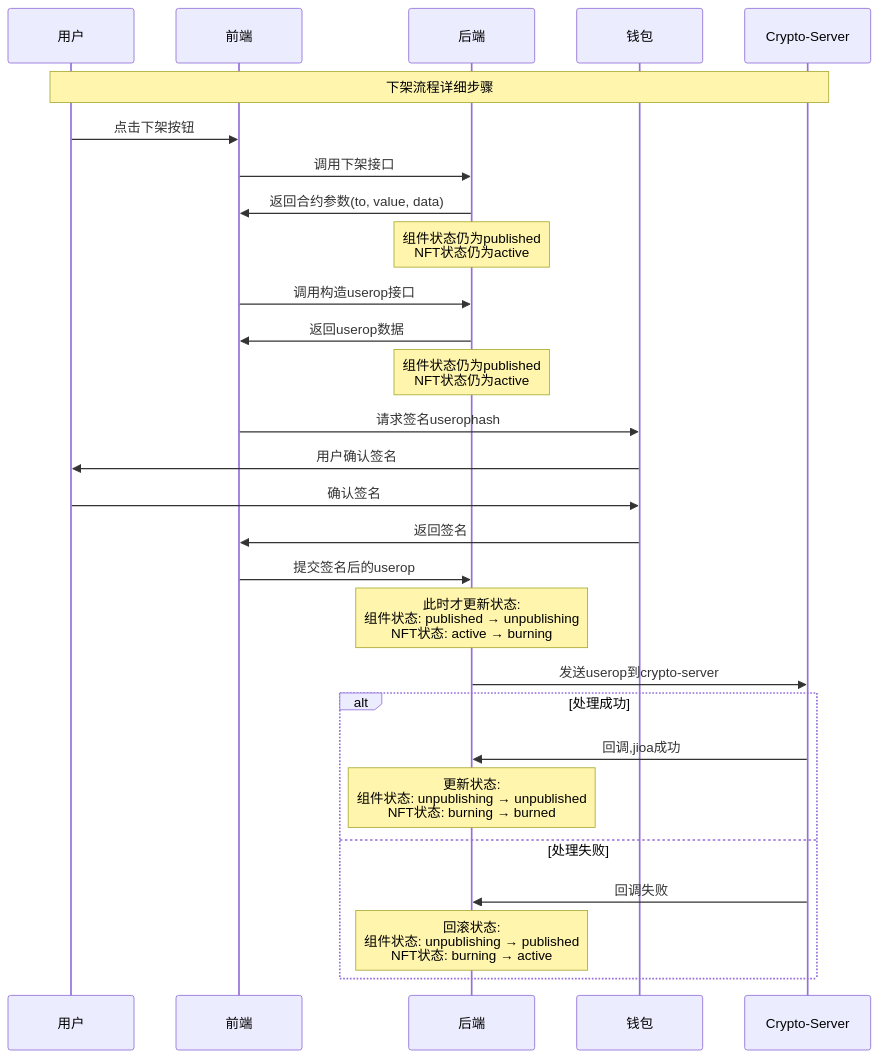
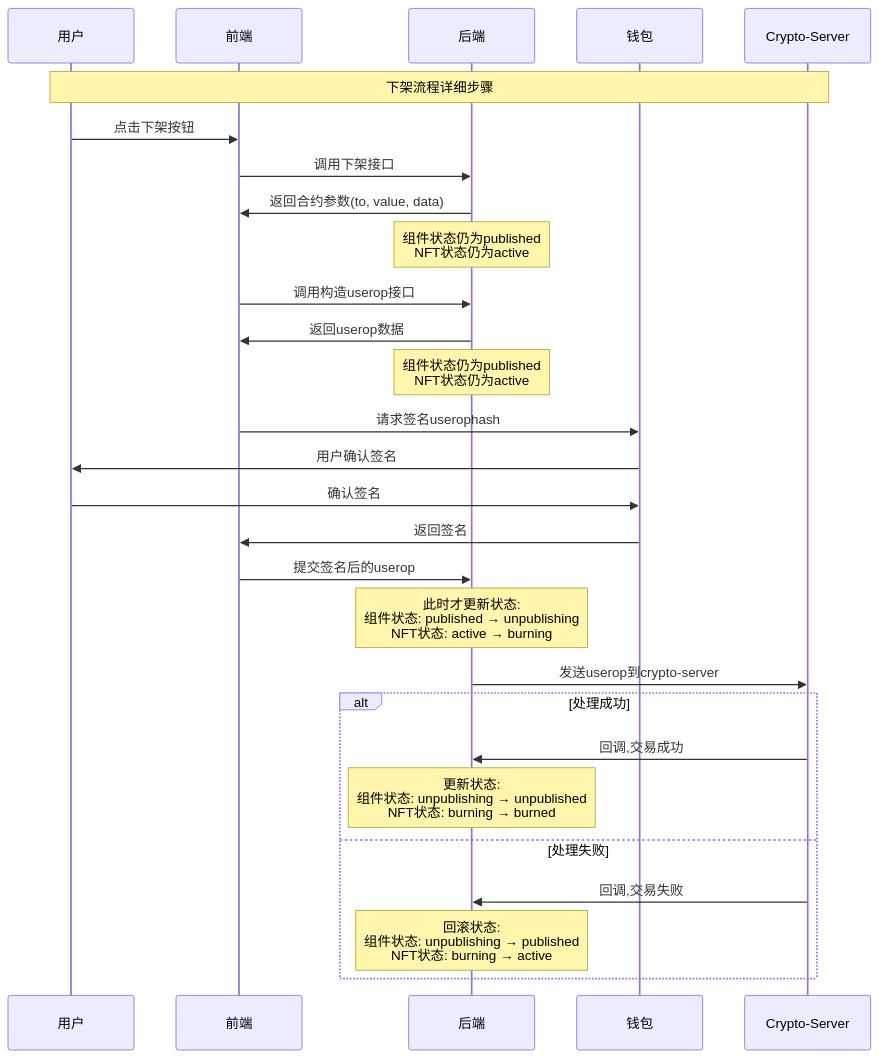
One commit to yingjianzh/iodraw-files changed the diagram in all/未命名-76.md. Above: the diagram before and after it, drawn with Mermaid.

Commit message:
2025-07-08 11:21:03 update

````diff
--- a/all/未命名-76.md
+++ b/all/未命名-76.md
@@ -1,36 +1,36 @@
 ```mermaid
 sequenceDiagram
     participant User as 用户
     participant Frontend as 前端
     participant Backend as 后端
     participant Wallet as 钱包
     participant CryptoServer as Crypto-Server
     
     Note over User,CryptoServer: 下架流程详细步骤
     
     User->>Frontend: 点击下架按钮
     Frontend->>Backend: 调用下架接口
     Backend->>Frontend: 返回合约参数(to, value, data)
     Note over Backend: 组件状态仍为published<br/>NFT状态仍为active
     
     Frontend->>Backend: 调用构造userop接口
     Backend->>Frontend: 返回userop数据
     Note over Backend: 组件状态仍为published<br/>NFT状态仍为active
     
     Frontend->>Wallet: 请求签名userophash
     Wallet->>User: 用户确认签名
     User->>Wallet: 确认签名
     Wallet->>Frontend: 返回签名
     
     Frontend->>Backend: 提交签名后的userop
     Note over Backend: 此时才更新状态:<br/>组件状态: published → unpublishing<br/>NFT状态: active → burning
     Backend->>CryptoServer: 发送userop到crypto-server
     
     alt 处理成功
-        CryptoServer->>Backend: 回调,jioa成功
+        CryptoServer->>Backend: 回调,交易成功
         Note over Backend: 更新状态:<br/>组件状态: unpublishing → unpublished<br/>NFT状态: burning → burned
     else 处理失败
-        CryptoServer->>Backend: 回调失败
+        CryptoServer->>Backend: 回调,交易失败
         Note over Backend: 回滚状态:<br/>组件状态: unpublishing → published<br/>NFT状态: burning → active
     end
 ```
````
